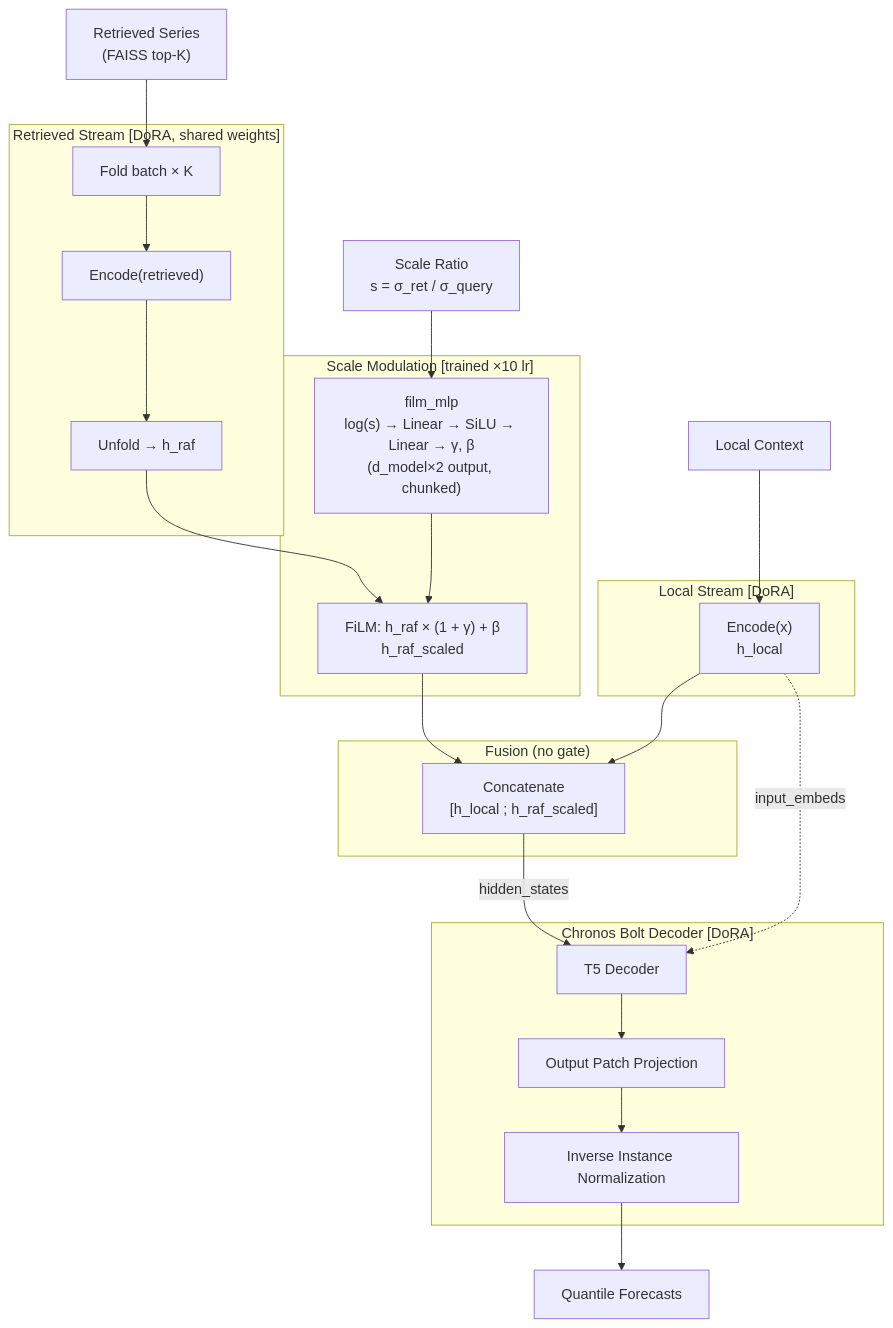
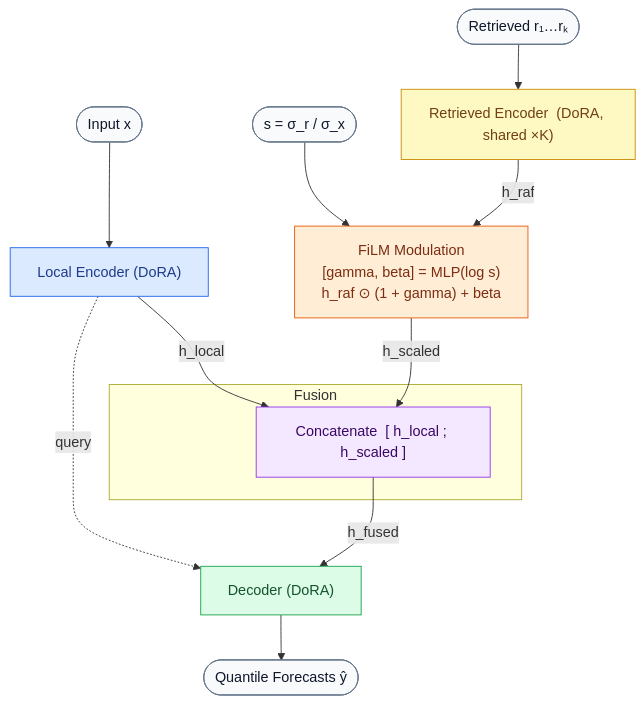
Before and after one commit to dmainf/JIMA_datacomp2025: the diagram in chronos_predict+Multi_FiLM/architecture.mmd, drawn with Mermaid. The commit also changed 7 other files, not shown here.

Commit message:
modify mermaid

```diff
--- a/chronos_predict+Multi_FiLM/architecture.mmd
+++ b/chronos_predict+Multi_FiLM/architecture.mmd
@@ -1,38 +1,38 @@
 flowchart TB
-    ctx["Local Context"]
-    ret["Retrieved Series\n(FAISS top-K)"]
-    sratio["Scale Ratio\ns = σ_ret / σ_query"]
+    classDef io   fill:#f8fafc,stroke:#64748b,color:#0f172a
+    classDef lenc fill:#dbeafe,stroke:#2563eb,color:#1e3a8a
+    classDef renc fill:#fef9c3,stroke:#ca8a04,color:#713f12
+    classDef film fill:#ffedd5,stroke:#ea580c,color:#7c2d12
+    classDef fuse fill:#f3e8ff,stroke:#9333ea,color:#3b0764
+    classDef dec  fill:#dcfce7,stroke:#16a34a,color:#14532d
 
-    subgraph LENC["Local Stream  [DoRA]"]
-        enc_l["Encode(x)\nh_local"]
+    x(["Input  x"])
+    r(["Retrieved  r₁…rₖ"])
+    s(["s = σ_r / σ_x"])
+
+    enc_l["Local Encoder  (DoRA)"]
+    enc_r["Retrieved Encoder  (DoRA, shared ×K)"]
+    film["FiLM Modulation\n[gamma, beta] = MLP(log s)\nh_raf ⊙ (1 + gamma) + beta"]
+
+    subgraph FUSE["Fusion"]
+        cat["Concatenate  [ h_local ; h_scaled ]"]
     end
 
-    subgraph RENC["Retrieved Stream  [DoRA, shared weights]"]
-        fold["Fold batch × K"]
-        enc_r["Encode(retrieved)"]
-        unfold["Unfold → h_raf"]
-    end
+    dec["Decoder  (DoRA)"]
 
-    subgraph SCALE["Scale Modulation  [trained ×10 lr]"]
-        smlp["film_mlp\nlog(s) → Linear → SiLU → Linear → γ, β\n(d_model×2 output, chunked)"]
-        smul["FiLM: h_raf × (1 + γ) + β\nh_raf_scaled"]
-    end
+    x     --> enc_l
+    r     --> enc_r
+    enc_r -- "h_raf"    --> film
+    s     -->              film
+    enc_l -- "h_local"  --> cat
+    film  -- "h_scaled" --> cat
+    cat   -- "h_fused"  --> dec
+    enc_l -. "query"    .-> dec
+    dec   --> y(["Quantile Forecasts  ŷ"])
 
-    subgraph FUSE["Fusion  (no gate)"]
-        concat["Concatenate\n[h_local ; h_raf_scaled]"]
-    end
-
-    subgraph DEC["Chronos Bolt Decoder  [DoRA]"]
-        t5dec["T5 Decoder"]
-        outproj["Output Patch Projection"]
-        invnorm["Inverse Instance Normalization"]
-    end
-
-    ctx --> enc_l
-    ret --> fold --> enc_r --> unfold --> smul
-    sratio --> smlp --> smul
-    smul --> concat
-    enc_l --> concat
-    concat -- "hidden_states" --> t5dec
-    enc_l -. "input_embeds" .-> t5dec
-    t5dec --> outproj --> invnorm --> out["Quantile Forecasts"]
+    class x,r,s,y io
+    class enc_l lenc
+    class enc_r renc
+    class film film
+    class cat fuse
+    class dec dec
```
